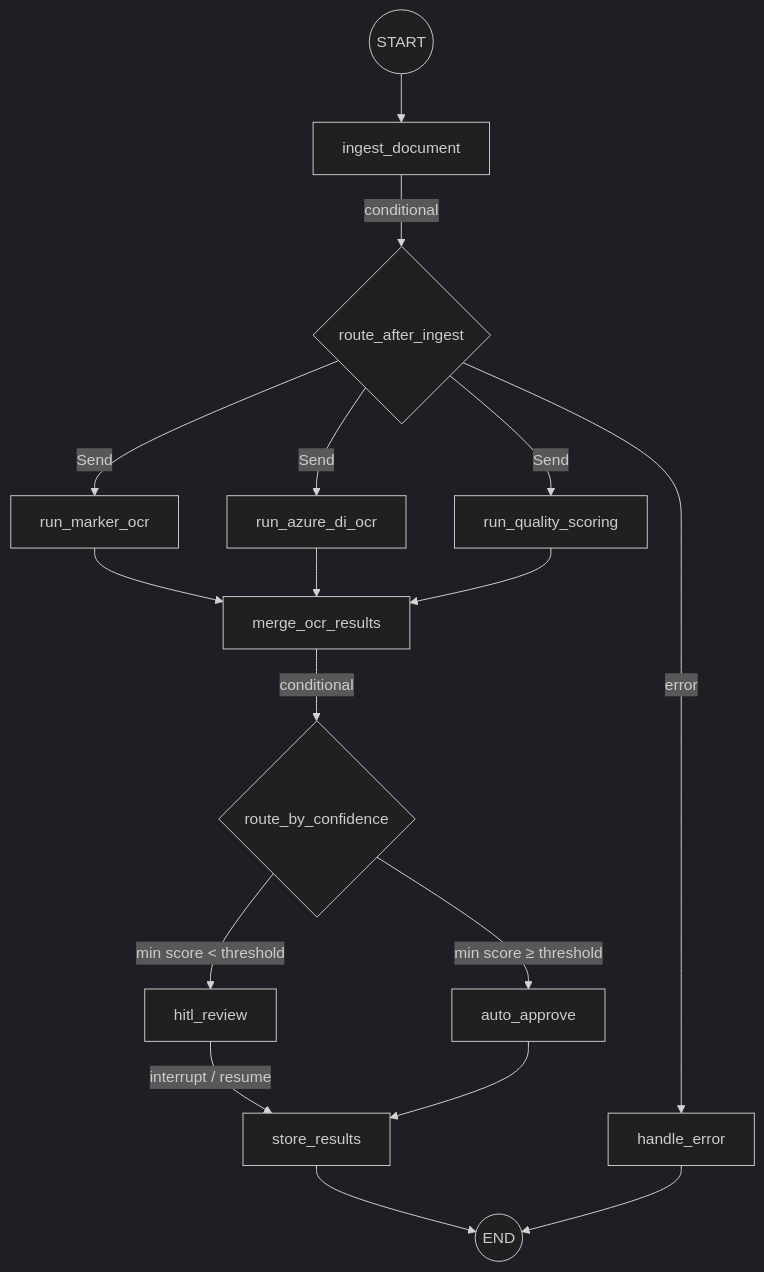
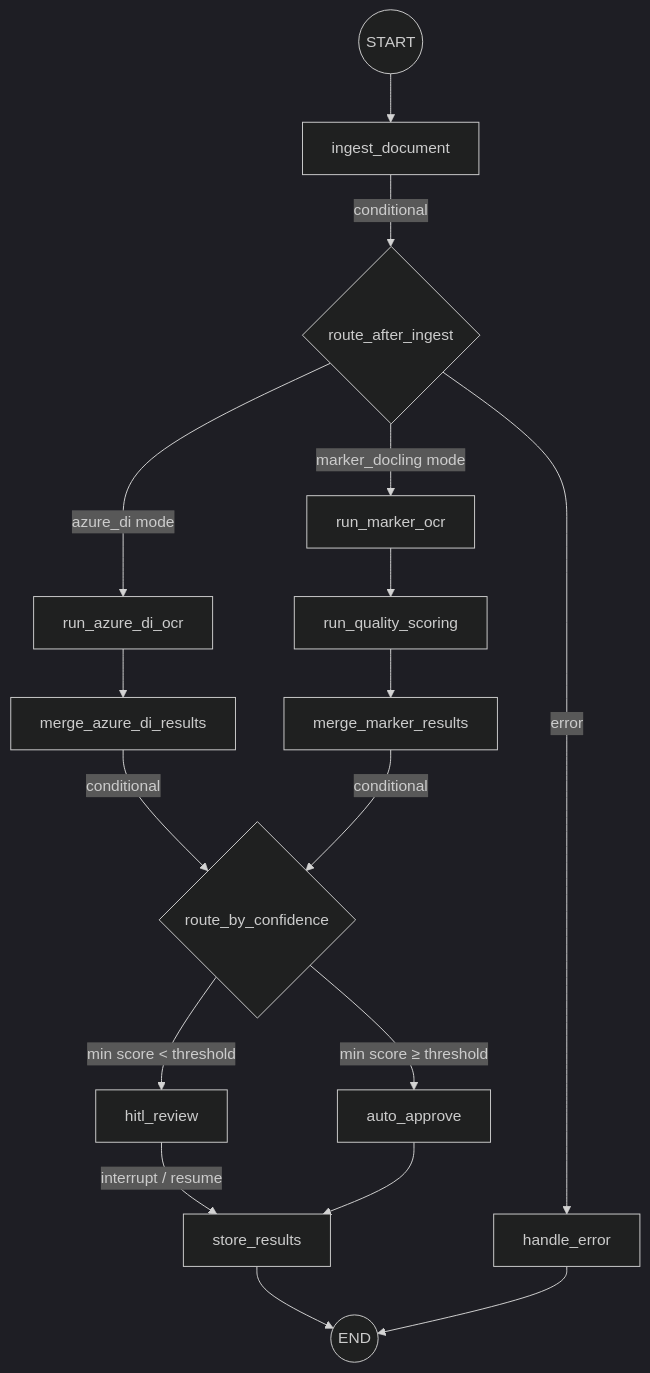
One commit to auropro-hyd/Docs-digitization changed the first of 2 diagrams in wiki/backend/workflow/document-processing.md. Above: the diagram before and after it, drawn with Mermaid (dark theme). The commit also changed other lines of this file and 146 other files, not shown here.

````diff
--- a/wiki/backend/workflow/document-processing.md
+++ b/wiki/backend/workflow/document-processing.md
@@ -11,26 +13,26 @@
 ```mermaid
 flowchart TD
     START(( START )) --> ingest_document
 
     ingest_document -->|conditional| route_after_ingest{route_after_ingest}
 
     route_after_ingest -->|error| handle_error
-    route_after_ingest -->|Send| run_marker_ocr
-    route_after_ingest -->|Send| run_azure_di_ocr
-    route_after_ingest -->|Send| run_quality_scoring
+    route_after_ingest -->|"azure_di mode"| run_azure_di_ocr
+    route_after_ingest -->|"marker_docling mode"| run_marker_ocr
 
-    run_marker_ocr --> merge_ocr_results
-    run_azure_di_ocr --> merge_ocr_results
-    run_quality_scoring --> merge_ocr_results
+    run_azure_di_ocr --> merge_azure_di_results
+    merge_azure_di_results -->|conditional| route_by_confidence{route_by_confidence}
 
-    merge_ocr_results -->|conditional| route_by_confidence{route_by_confidence}
+    run_marker_ocr --> run_quality_scoring
+    run_quality_scoring --> merge_marker_results
+    merge_marker_results -->|conditional| route_by_confidence
 
     route_by_confidence -->|"min score < threshold"| hitl_review
     route_by_confidence -->|"min score ≥ threshold"| auto_approve
 
     hitl_review -->|interrupt / resume| store_results
     auto_approve --> store_results
 
     store_results --> END(( END ))
     handle_error --> END
 ```
````
